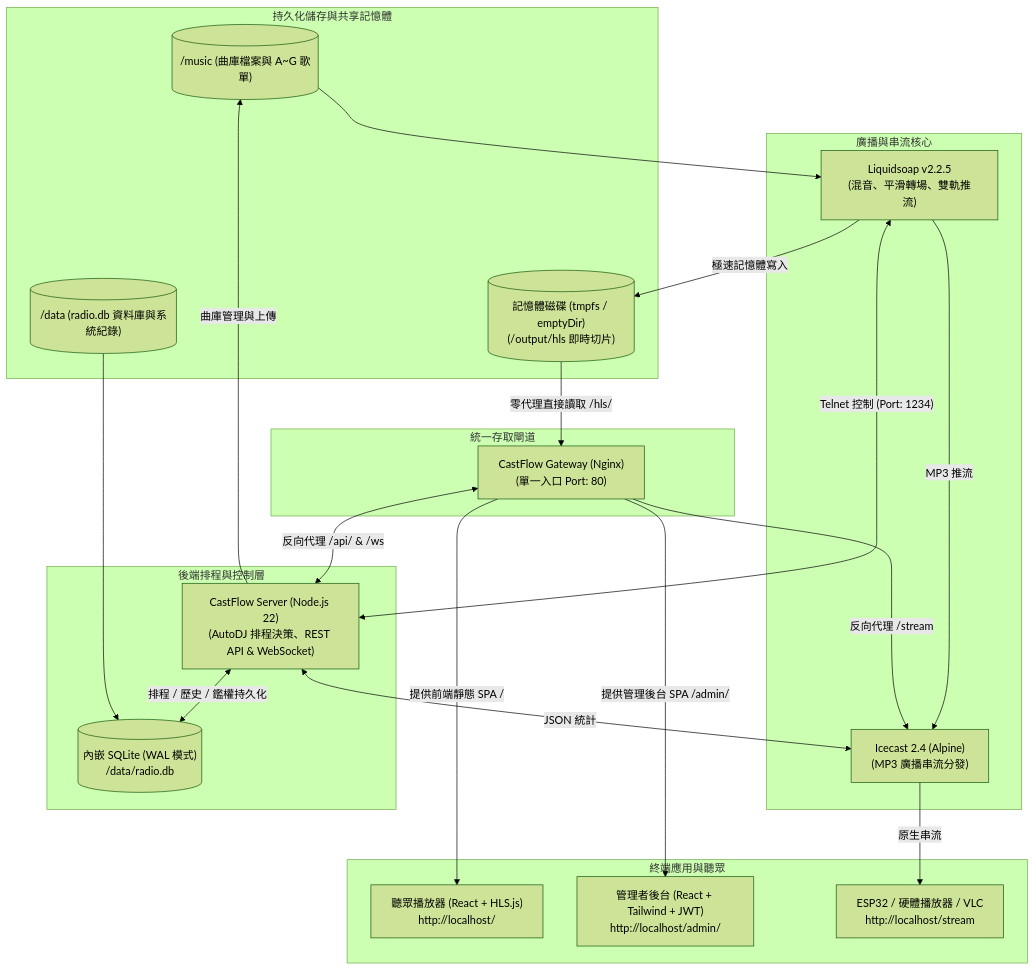
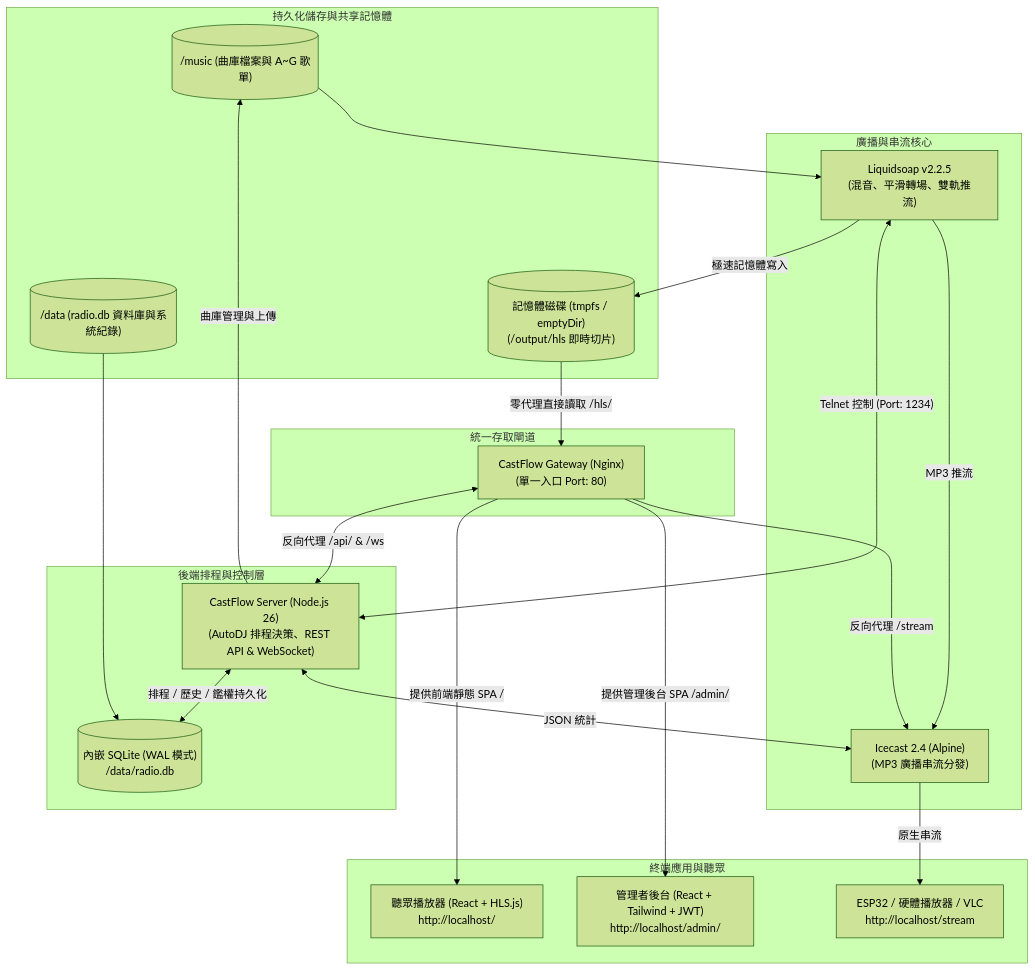
One commit to fly530/CastFlow changed the diagram in README.zh-TW.md. Above: the diagram before and after it, drawn with Mermaid (forest theme). The commit also changed 5 other files, not shown here.

````diff
--- a/README.zh-TW.md
+++ b/README.zh-TW.md
@@ -12,45 +12,45 @@
 ```mermaid
 flowchart TD
     subgraph Storage [持久化儲存與共享記憶體]
         MusicVol[("/music (曲庫檔案與 A~G 歌單)")]
         DataVol[("/data (radio.db 資料庫與系統紀錄)")]
         HLSTmpfs[("記憶體磁碟 (tmpfs / emptyDir)\n(/output/hls 即時切片)")]
     end
 
     subgraph StreamingCore [廣播與串流核心]
         LS["Liquidsoap v2.2.5\n(混音、平滑轉場、雙軌推流)"]
         Icecast["Icecast 2.4 (Alpine)\n(MP3 廣播串流分發)"]
     end
 
     subgraph Backend [後端排程與控制層]
-        Server["CastFlow Server (Node.js 22)\n(AutoDJ 排程決策、REST API & WebSocket)"]
+        Server["CastFlow Server (Node.js 26)\n(AutoDJ 排程決策、REST API & WebSocket)"]
         SQLite[("內嵌 SQLite (WAL 模式)\n/data/radio.db")]
     end
 
     subgraph GatewayLayer [統一存取閘道]
         Gateway["CastFlow Gateway (Nginx)\n(單一入口 Port: 80)"]
     end
 
     subgraph Clients [終端應用與聽眾]
         Listener["聽眾播放器 (React + HLS.js)\nhttp://localhost/"]
         Admin["管理者後台 (React + Tailwind + JWT)\nhttp://localhost/admin/"]
         Hardware["ESP32 / 硬體播放器 / VLC\nhttp://localhost/stream"]
     end
 
     MusicVol --> LS
     LS -->|MP3 推流| Icecast
     LS -->|極速記憶體寫入| HLSTmpfs
     HLSTmpfs -->|"零代理直接讀取 /hls/"| Gateway
 
     Server <-->|"Telnet 控制 (Port: 1234)"| LS
     Server <-->|JSON 統計| Icecast
     Server -->|曲庫管理與上傳| MusicVol
     Server <-->|"排程 / 歷史 / 鑑權持久化"| SQLite
     DataVol --> SQLite
 
     Gateway <-->|"反向代理 /api/ & /ws"| Server
     Gateway -->|"反向代理 /stream"| Icecast
     Gateway -->|"提供前端靜態 SPA /"| Listener
     Gateway -->|"提供管理後台 SPA /admin/"| Admin
     Icecast -->|原生串流| Hardware
 ```
````
